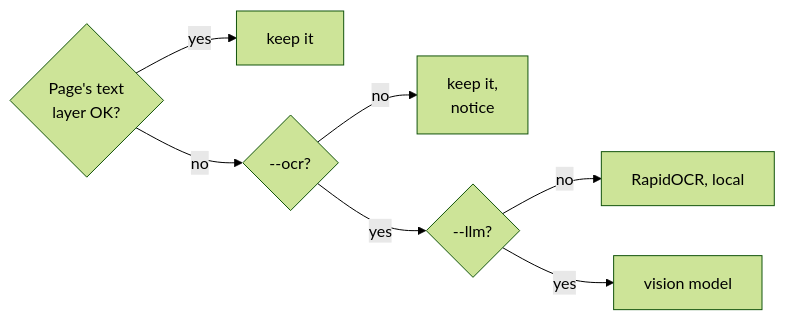
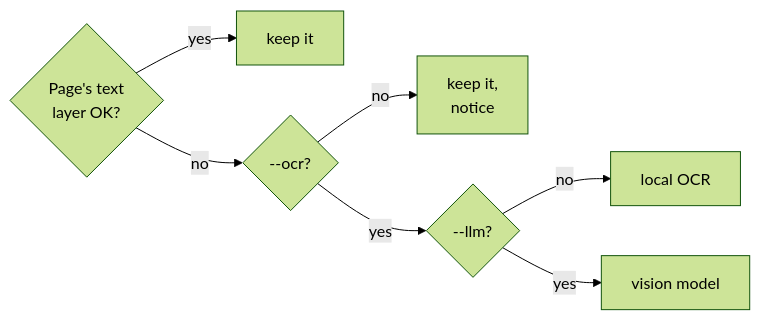
The third of 3 diagrams in website/guide/cli.md (Ynewtime/markitai), drawn with Mermaid (forest theme) before and after one commit. The commit also changed other lines of this file and 38 other files, not shown here.

````diff
--- a/website/guide/cli.md
+++ b/website/guide/cli.md
@@ -112,9 +108,9 @@
 ```mermaid
 flowchart LR
   T{Page's text<br/>layer OK?} -->|yes| K[keep it]
   T -->|no| O{--ocr?}
   O -->|no| N[keep it,<br/>notice]
   O -->|yes| L{--llm?}
-  L -->|no| R[RapidOCR, local]
+  L -->|no| R[local OCR]
   L -->|yes| V[vision model]
 ```
````
